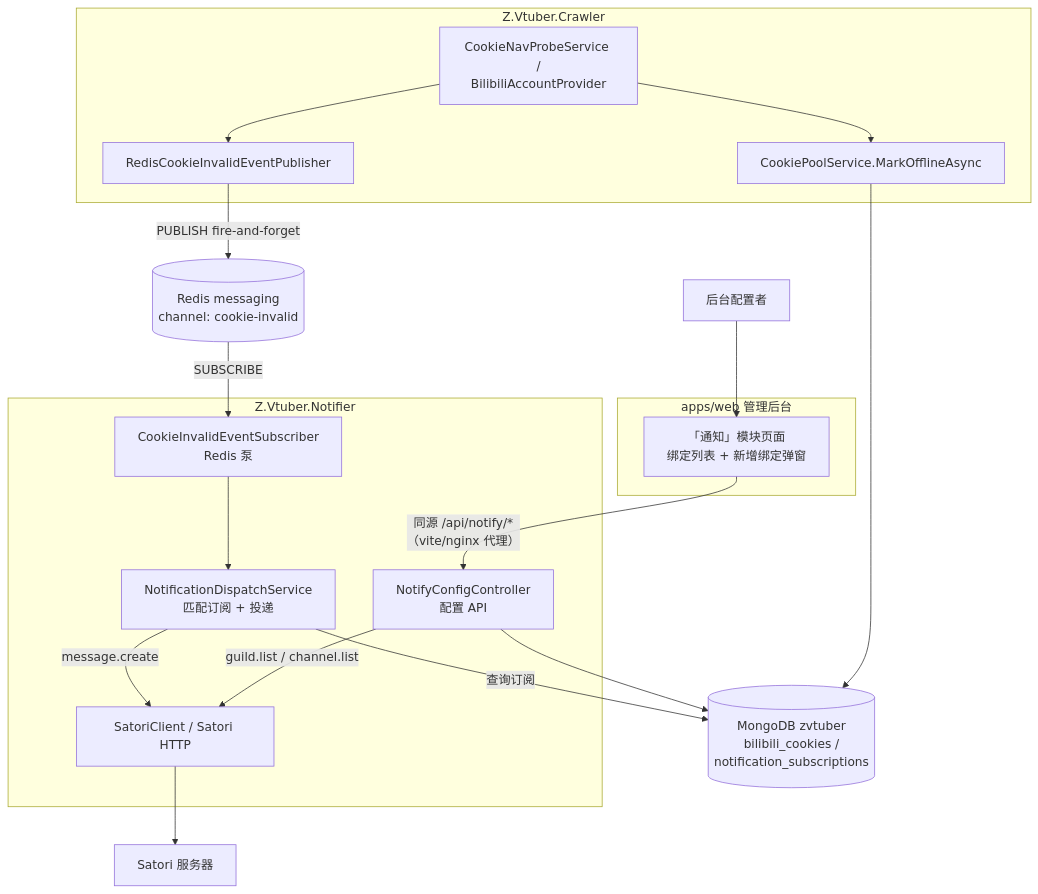
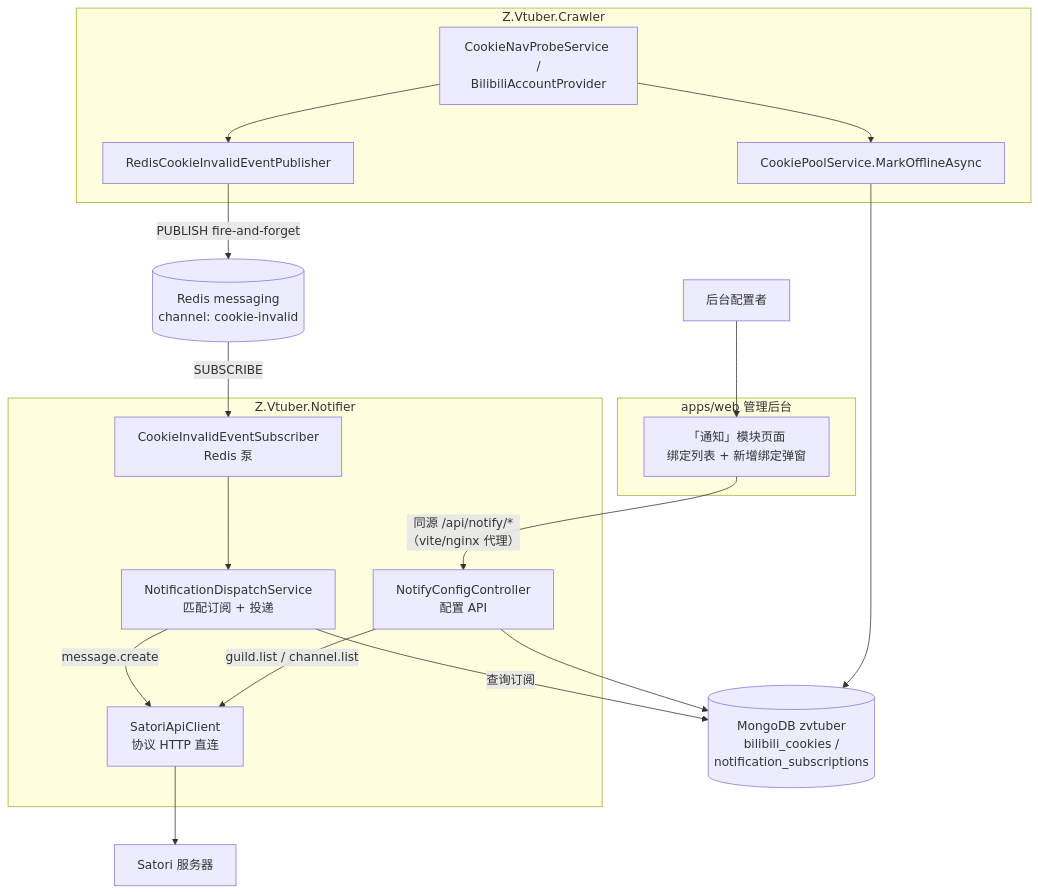
The first of 2 diagrams in docs/engineering/proposals/20260904-proposal-cookie-invalid-notification.md (Deliay/z-vtuber), drawn with Mermaid before and after one commit. The commit also changed other lines of this file and 1 other file, not shown here.

Commit message:
docs: Satori 接入改为协议 HTTP API 直连，移除 Satori.NET 依赖

````diff
--- a/docs/engineering/proposals/20260904-proposal-cookie-invalid-notification.md
+++ b/docs/engineering/proposals/20260904-proposal-cookie-invalid-notification.md
@@ -44,31 +44,31 @@
 ```mermaid
 graph TD
     subgraph crawler [Z.Vtuber.Crawler]
         PROBE[CookieNavProbeService /<br/>BilibiliAccountProvider]
         POOL[CookiePoolService.MarkOfflineAsync]
         PUB[RedisCookieInvalidEventPublisher]
     end
     MONGO[(MongoDB zvtuber<br/>bilibili_cookies /<br/>notification_subscriptions)]
     REDIS[(Redis messaging<br/>channel: cookie-invalid)]
     subgraph notifier [Z.Vtuber.Notifier]
         SUB[CookieInvalidEventSubscriber<br/>Redis 泵]
         CFG[NotifyConfigController<br/>配置 API]
         SVC[NotificationDispatchService<br/>匹配订阅 + 投递]
-        SCLIENT[SatoriClient / Satori HTTP]
+        SCLIENT[SatoriApiClient<br/>协议 HTTP 直连]
     end
     SATORI[Satori 服务器]
     OPS[后台配置者]
     subgraph web [apps/web 管理后台]
         NP[「通知」模块页面<br/>绑定列表 + 新增绑定弹窗]
     end
 
     PROBE --> POOL --> MONGO
     PROBE --> PUB -->|PUBLISH fire-and-forget| REDIS
     REDIS -->|SUBSCRIBE| SUB --> SVC
     SVC -->|查询订阅| MONGO
     SVC -->|message.create| SCLIENT --> SATORI
     OPS --> NP
     NP -->|同源 /api/notify/*<br/>（vite/nginx 代理）| CFG
     CFG -->|guild.list / channel.list| SCLIENT
     CFG --> MONGO
 ```
````
